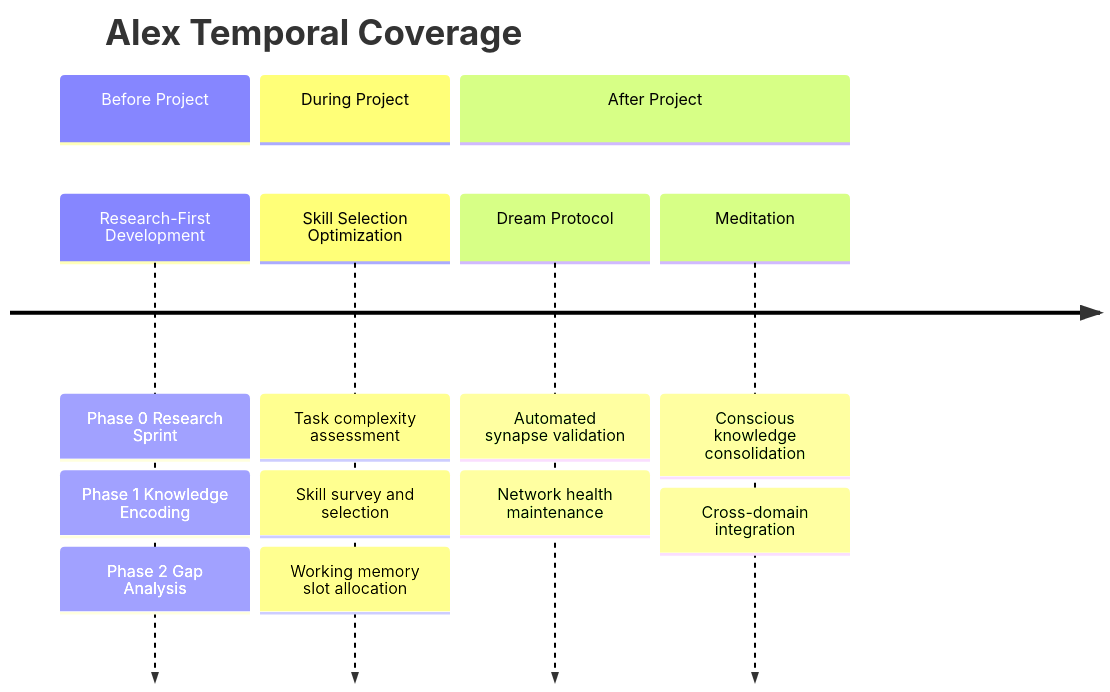
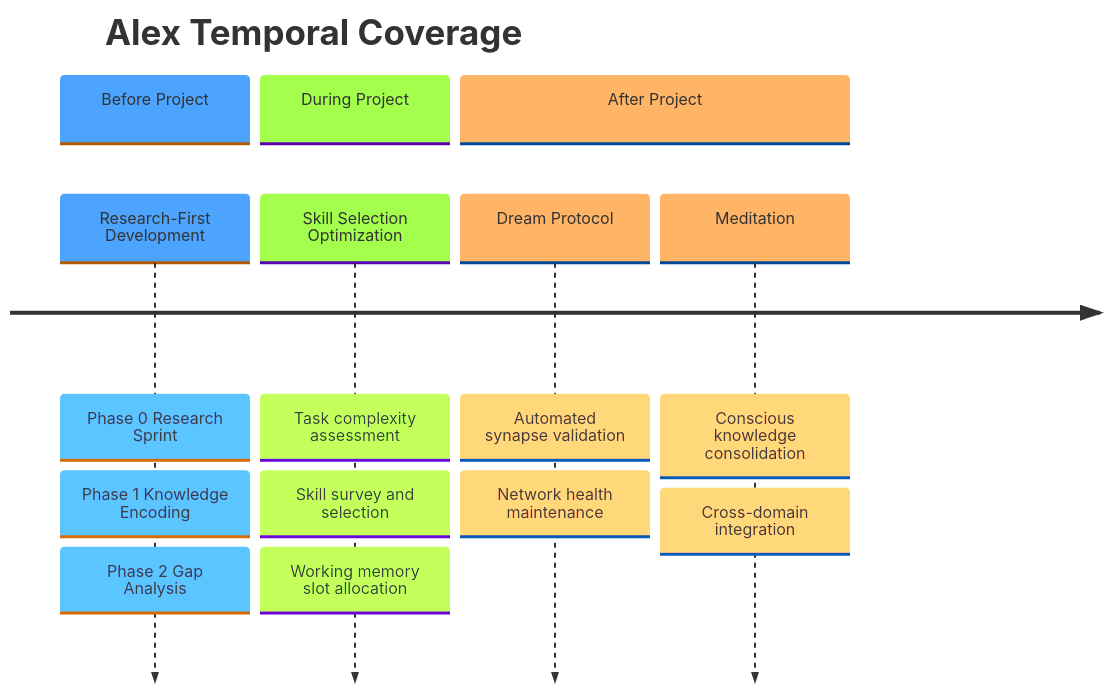
Before and after one commit to fabioc-aloha/Alex_Plug_In: the fourth of 4 diagrams in alex_docs/architecture/RESEARCH-FIRST-DEVELOPMENT.md, drawn with Mermaid. The commit also changed other lines of this file and 1 other file, not shown here.

First line of the commit message:
style: apply Fishbowl Pastel palette to alex_docs/ diagrams

````diff
--- a/alex_docs/architecture/RESEARCH-FIRST-DEVELOPMENT.md
+++ b/alex_docs/architecture/RESEARCH-FIRST-DEVELOPMENT.md
@@ -306,11 +372,18 @@
 ```mermaid
+%%{init: {'theme': 'base', 'themeVariables': {
+  'primaryColor': '#cce5ff',
+  'primaryTextColor': '#333',
+  'primaryBorderColor': '#57606a',
+  'lineColor': '#57606a',
+  'fontFamily': 'ui-sans-serif, system-ui, sans-serif'
+}}}%%
 timeline
     title Alex Temporal Coverage
     section Before Project
         Research-First Development : Phase 0 Research Sprint : Phase 1 Knowledge Encoding : Phase 2 Gap Analysis
     section During Project
         Skill Selection Optimization : Task complexity assessment : Skill survey and selection : Working memory slot allocation
     section After Project
         Dream Protocol : Automated synapse validation : Network health maintenance
         Meditation : Conscious knowledge consolidation : Cross-domain integration
 ```
````
